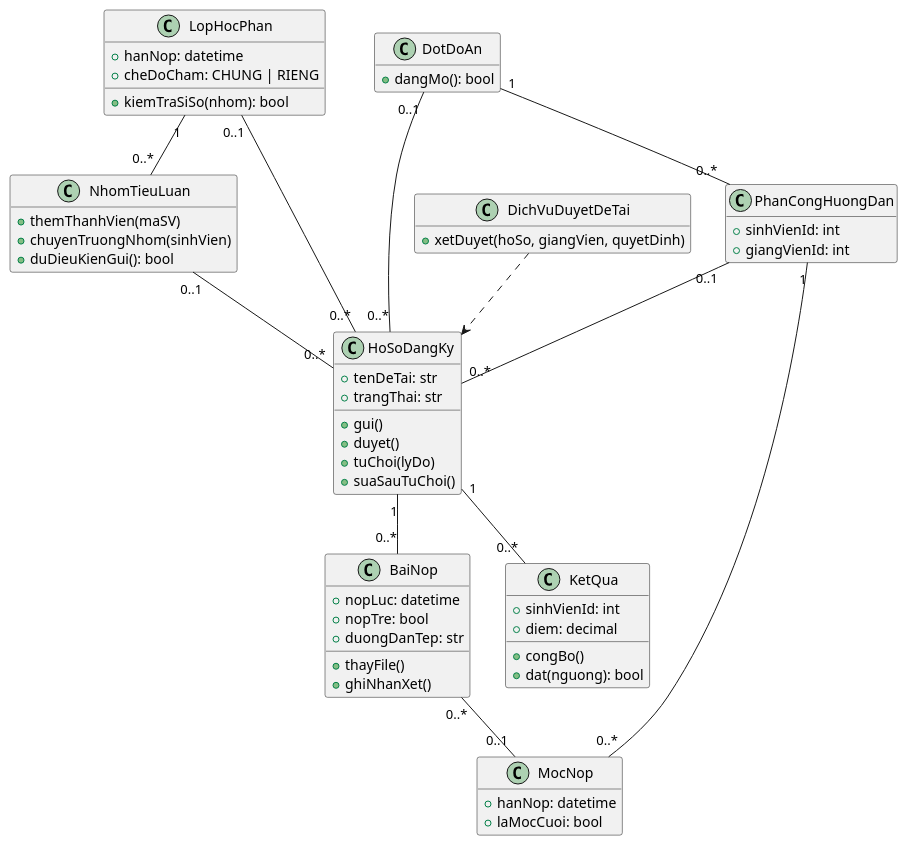
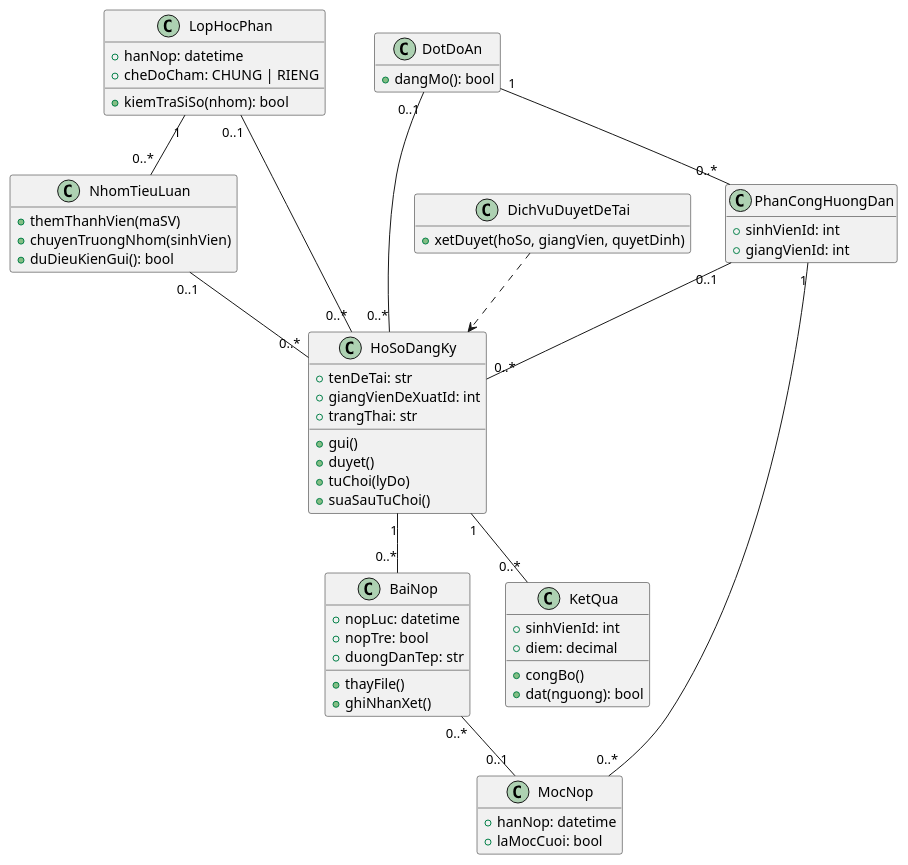
One commit to lam-vu6868/HTQL_TieuLuan_DoAN changed the second of 6 diagrams in 02-so-do-uml.md. Above: the diagram before and after it, drawn with PlantUML. The commit also changed other lines of this file and 17 other files, not shown here.

````diff
--- a/02-so-do-uml.md
+++ b/02-so-do-uml.md
@@ -49,61 +49,62 @@
 ```plantuml
 @startuml
 hide empty members
 class LopHocPhan {
   +hanNop: datetime
   +cheDoCham: CHUNG | RIENG
   +kiemTraSiSo(nhom): bool
 }
 class DotDoAn {
   +dangMo(): bool
 }
 class PhanCongHuongDan {
   +sinhVienId: int
   +giangVienId: int
 }
 class NhomTieuLuan {
   +themThanhVien(maSV)
   +chuyenTruongNhom(sinhVien)
   +duDieuKienGui(): bool
 }
 class HoSoDangKy {
   +tenDeTai: str
+  +giangVienDeXuatId: int
   +trangThai: str
   +gui()
   +duyet()
   +tuChoi(lyDo)
   +suaSauTuChoi()
 }
 class MocNop {
   +hanNop: datetime
   +laMocCuoi: bool
 }
 class BaiNop {
   +nopLuc: datetime
   +nopTre: bool
   +duongDanTep: str
   +thayFile()
   +ghiNhanXet()
 }
 class KetQua {
   +sinhVienId: int
   +diem: decimal
   +congBo()
   +dat(nguong): bool
 }
 class DichVuDuyetDeTai {
   +xetDuyet(hoSo, giangVien, quyetDinh)
 }
 LopHocPhan "1" -- "0..*" NhomTieuLuan
 NhomTieuLuan "0..1" -- "0..*" HoSoDangKy
 LopHocPhan "0..1" -- "0..*" HoSoDangKy
 DotDoAn "0..1" -- "0..*" HoSoDangKy
 DotDoAn "1" -- "0..*" PhanCongHuongDan
 PhanCongHuongDan "0..1" -- "0..*" HoSoDangKy
 PhanCongHuongDan "1" -- "0..*" MocNop
 HoSoDangKy "1" -- "0..*" BaiNop
 BaiNop "0..*" -- "0..1" MocNop
 HoSoDangKy "1" -- "0..*" KetQua
 DichVuDuyetDeTai ..> HoSoDangKy
 @enduml
 ```
````
